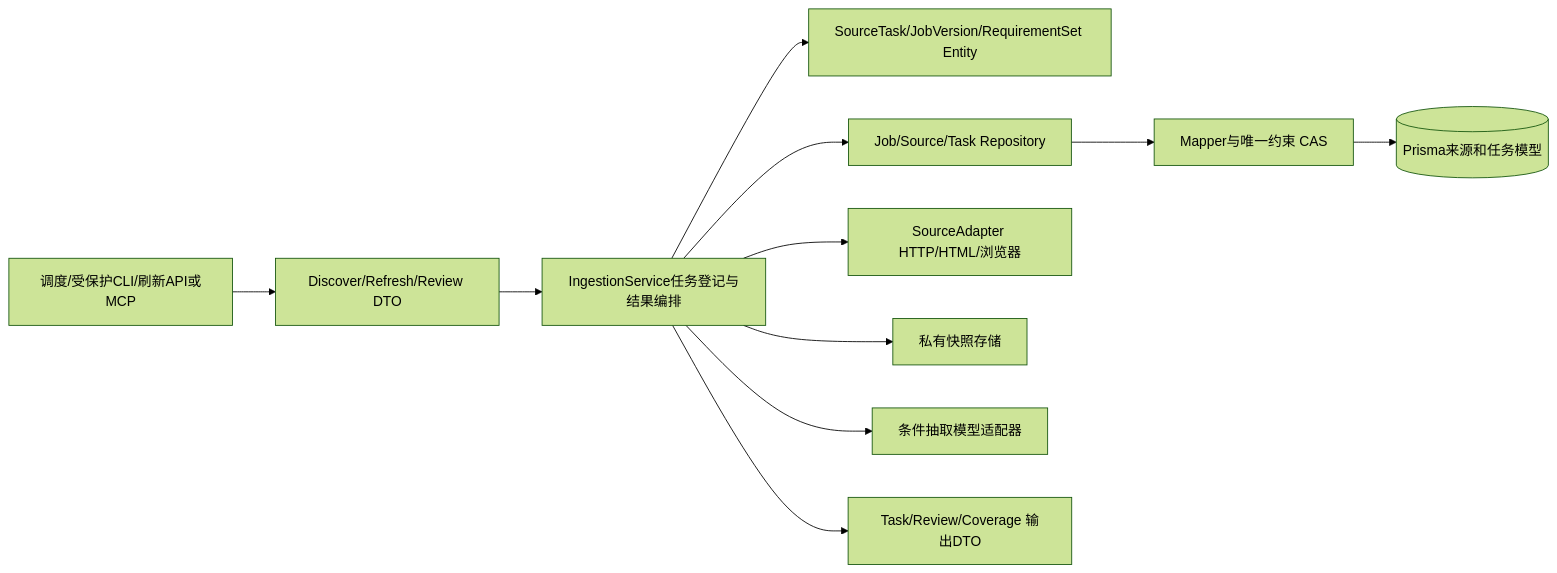
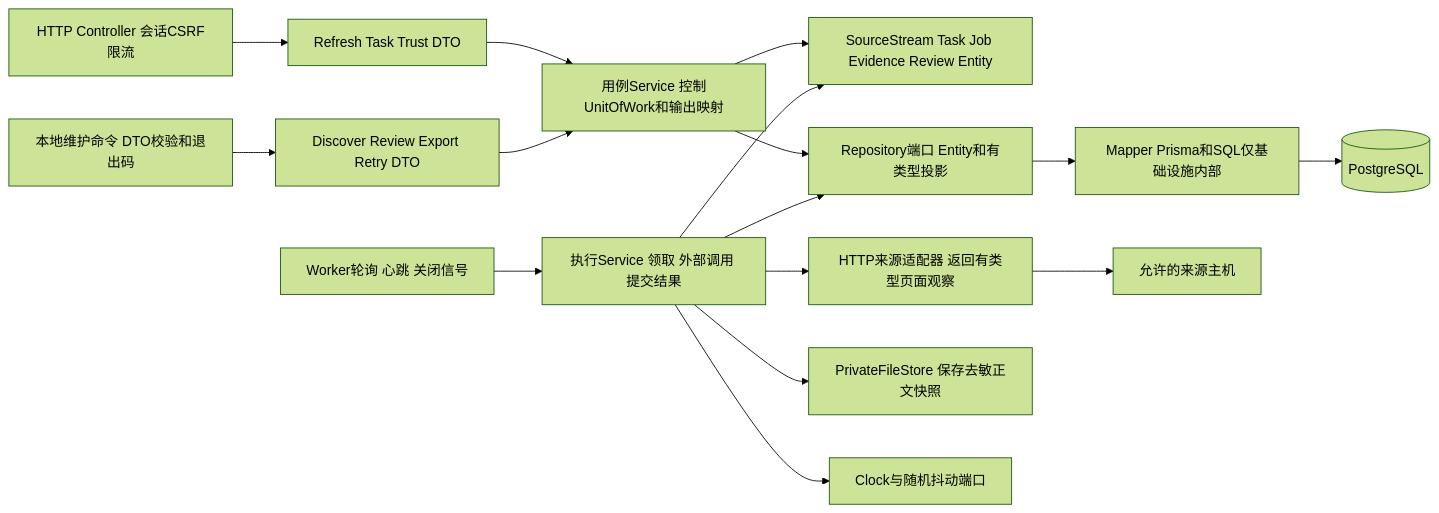
The fourth of 4 diagrams in career-assistant/docs/design/ingestion.md (Zz1li-Wang/job-search), drawn with Mermaid (forest theme) before and after one commit. The commit also changed other lines of this file and 402 other files, not shown here.

````diff
--- a/career-assistant/docs/design/ingestion.md
+++ b/career-assistant/docs/design/ingestion.md
@@ -32,13 +112,21 @@
 ```mermaid
 flowchart LR
-    IN[调度/受保护CLI/刷新API或MCP] --> D[Discover/Refresh/Review DTO]
-    D --> S[IngestionService任务登记与结果编排]
-    S --> E[SourceTask/JobVersion/RequirementSet Entity]
-    S --> R[Job/Source/Task Repository]
-    R --> M[Mapper与唯一约束 CAS]
-    M --> DB[(Prisma来源和任务模型)]
-    S --> X[SourceAdapter HTTP/HTML/浏览器]
-    S --> F[私有快照存储]
-    S --> AI[条件抽取模型适配器]
-    S --> O[Task/Review/Coverage 输出DTO]
+    HTTP[HTTP Controller 会话CSRF限流]
+    CLI[本地维护命令 DTO校验和退出码]
+    WORKER[Worker轮询 心跳 关闭信号]
+    HTTP --> DTO[Refresh Task Trust DTO]
+    CLI --> DTO2[Discover Review Export Retry DTO]
+    DTO --> APP[用例Service 控制UnitOfWork和输出映射]
+    DTO2 --> APP
+    WORKER --> EXEC[执行Service 领取 外部调用 提交结果]
+    APP --> DOMAIN[SourceStream Task Job Evidence Review Entity]
+    EXEC --> DOMAIN
+    APP --> REPO[Repository端口 Entity和有类型投影]
+    EXEC --> REPO
+    REPO --> MAP[Mapper Prisma和SQL仅基础设施内部]
+    MAP --> DB[(PostgreSQL)]
+    EXEC --> SOURCE[HTTP来源适配器 返回有类型页面观察]
+    EXEC --> FILE[PrivateFileStore 保存去敏正文快照]
+    EXEC --> CLOCK[Clock与随机抖动端口]
+    SOURCE --> SITE[允许的来源主机]
 ```
````
